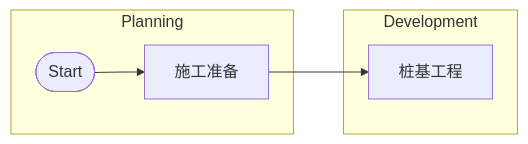
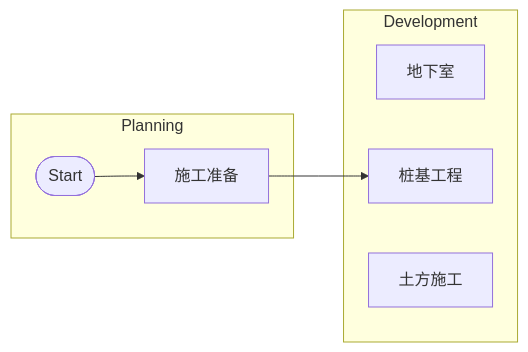
The diagram in mmd/未命名_2da8a248-5e7c-4cac-a3bc-d011776074b9.mmd (fireflysss/mermaid-notes), drawn with Mermaid before and after one commit. The commit also changed 3 other files, not shown here.

Commit message:
Sync Mermaid Studio data (18 diagrams)

```diff
--- a/mmd/未命名_2da8a248-5e7c-4cac-a3bc-d011776074b9.mmd
+++ b/mmd/未命名_2da8a248-5e7c-4cac-a3bc-d011776074b9.mmd
@@ -1,10 +1,12 @@
 flowchart LR
   subgraph lane_0["Planning"]
     t_0(["Start"])
     t_1["施工准备"]
   end
   subgraph lane_1["Development"]
-    t_2["桩基工程"]
+    t_2["地下室"]
+    t_3["桩基工程"]
+    t_4["土方施工"]
   end
   t_0 --> t_1
-  t_1 --> t_2
+  t_1 --> t_3
```
